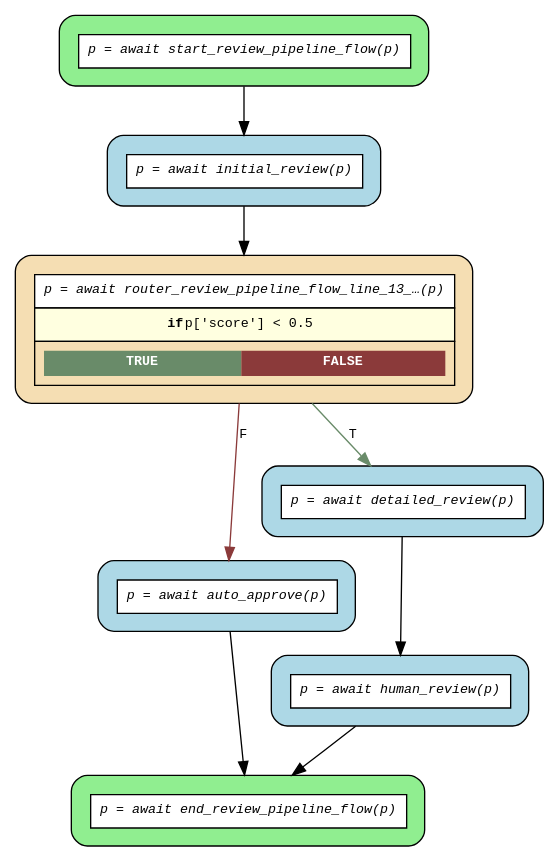
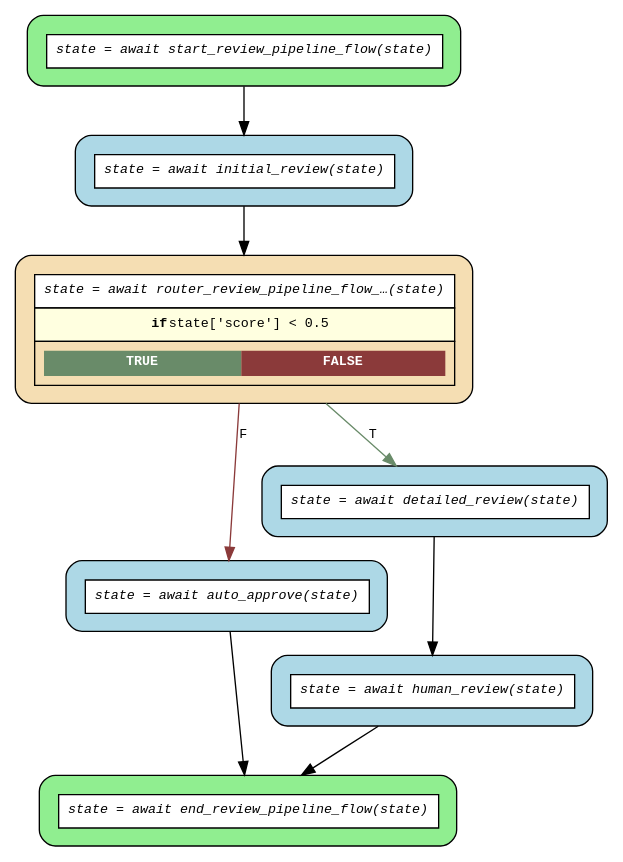
Before and after one commit to mrhillsman-enterprise-ai/asya: the diagram in examples/flows/compiled/async_nested/flow.dot, drawn with Graphviz. The commit also changed 34 other files, not shown here.

First line of the commit message:
feat(flow): expand compiler syntax support and improve error messages (#243)

```diff
--- a/examples/flows/compiled/async_nested/flow.dot
+++ b/examples/flows/compiled/async_nested/flow.dot
@@ -1,22 +1,22 @@
 digraph flow {
   rankdir=TB;
   graph [fontname="Courier", fontsize=10];
   node [fontname="Courier", fontsize=10, shape=box, style="filled,rounded", margin="0.2"];
   edge [fontname="Courier", fontsize=10];
 
-  start_review_pipeline_flow [fillcolor="lightgreen", group="main", label=<<table border="0" cellspacing="0" cellpadding="6" cellborder="1"><tr><td bgcolor="white" align="center"><i>p = await start_review_pipeline_flow(p)</i></td></tr></table>>];
-  router_review_pipeline_flow_line_13_if [fillcolor="wheat", group="main", label=<<table border="0" cellspacing="0" cellpadding="6" cellborder="1"><tr><td bgcolor="white" align="center"><i>p = await router_review_pipeline_flow_line_13_…(p)</i></td></tr><tr><td bgcolor="lightyellow"><b>if</b> p['score'] &lt; 0.5</td></tr><tr><td><table border="0" cellspacing="0" cellpadding="4"><tr><td bgcolor="darkseagreen4"><font color="white"><b>TRUE</b></font></td><td bgcolor="indianred4"><font color="white"><b>FALSE</b></font></td></tr></table></td></tr></table>>];
-  end_review_pipeline_flow [fillcolor="lightgreen", group="main", label=<<table border="0" cellspacing="0" cellpadding="6" cellborder="1"><tr><td bgcolor="white" align="center"><i>p = await end_review_pipeline_flow(p)</i></td></tr></table>>];
-  auto_approve [fillcolor="lightblue", label=<<table border="0" cellspacing="0" cellpadding="6" cellborder="1"><tr><td bgcolor="white" align="center"><i>p = await auto_approve(p)</i></td></tr></table>>];
-  detailed_review [fillcolor="lightblue", label=<<table border="0" cellspacing="0" cellpadding="6" cellborder="1"><tr><td bgcolor="white" align="center"><i>p = await detailed_review(p)</i></td></tr></table>>];
-  human_review [fillcolor="lightblue", label=<<table border="0" cellspacing="0" cellpadding="6" cellborder="1"><tr><td bgcolor="white" align="center"><i>p = await human_review(p)</i></td></tr></table>>];
-  initial_review [fillcolor="lightblue", label=<<table border="0" cellspacing="0" cellpadding="6" cellborder="1"><tr><td bgcolor="white" align="center"><i>p = await initial_review(p)</i></td></tr></table>>];
+  start_review_pipeline_flow [fillcolor="lightgreen", group="main", label=<<table border="0" cellspacing="0" cellpadding="6" cellborder="1"><tr><td bgcolor="white" align="center"><i>state = await start_review_pipeline_flow(state)</i></td></tr></table>>];
+  router_review_pipeline_flow_line_13_if [fillcolor="wheat", group="main", label=<<table border="0" cellspacing="0" cellpadding="6" cellborder="1"><tr><td bgcolor="white" align="center"><i>state = await router_review_pipeline_flow_…(state)</i></td></tr><tr><td bgcolor="lightyellow"><b>if</b> state['score'] &lt; 0.5</td></tr><tr><td><table border="0" cellspacing="0" cellpadding="4"><tr><td bgcolor="darkseagreen4"><font color="white"><b>TRUE</b></font></td><td bgcolor="indianred4"><font color="white"><b>FALSE</b></font></td></tr></table></td></tr></table>>];
+  end_review_pipeline_flow [fillcolor="lightgreen", group="main", label=<<table border="0" cellspacing="0" cellpadding="6" cellborder="1"><tr><td bgcolor="white" align="center"><i>state = await end_review_pipeline_flow(state)</i></td></tr></table>>];
+  auto_approve [fillcolor="lightblue", label=<<table border="0" cellspacing="0" cellpadding="6" cellborder="1"><tr><td bgcolor="white" align="center"><i>state = await auto_approve(state)</i></td></tr></table>>];
+  detailed_review [fillcolor="lightblue", label=<<table border="0" cellspacing="0" cellpadding="6" cellborder="1"><tr><td bgcolor="white" align="center"><i>state = await detailed_review(state)</i></td></tr></table>>];
+  human_review [fillcolor="lightblue", label=<<table border="0" cellspacing="0" cellpadding="6" cellborder="1"><tr><td bgcolor="white" align="center"><i>state = await human_review(state)</i></td></tr></table>>];
+  initial_review [fillcolor="lightblue", label=<<table border="0" cellspacing="0" cellpadding="6" cellborder="1"><tr><td bgcolor="white" align="center"><i>state = await initial_review(state)</i></td></tr></table>>];
 
   auto_approve -> end_review_pipeline_flow;
   detailed_review -> human_review;
   human_review -> end_review_pipeline_flow;
   initial_review -> router_review_pipeline_flow_line_13_if;
   router_review_pipeline_flow_line_13_if -> auto_approve [label="F", color=indianred4];
   router_review_pipeline_flow_line_13_if -> detailed_review [label="T", color=darkseagreen4];
   start_review_pipeline_flow -> initial_review;
 }
```
